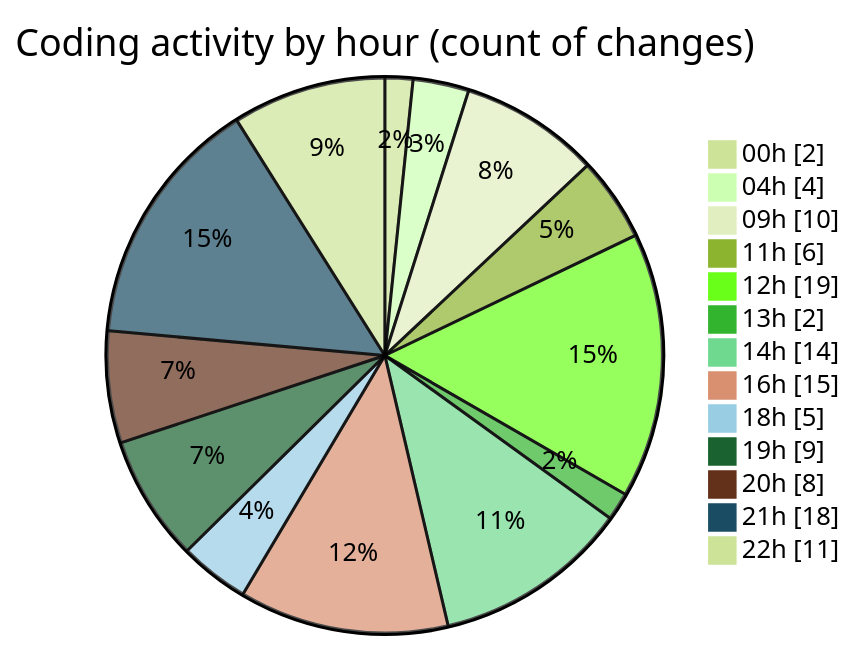
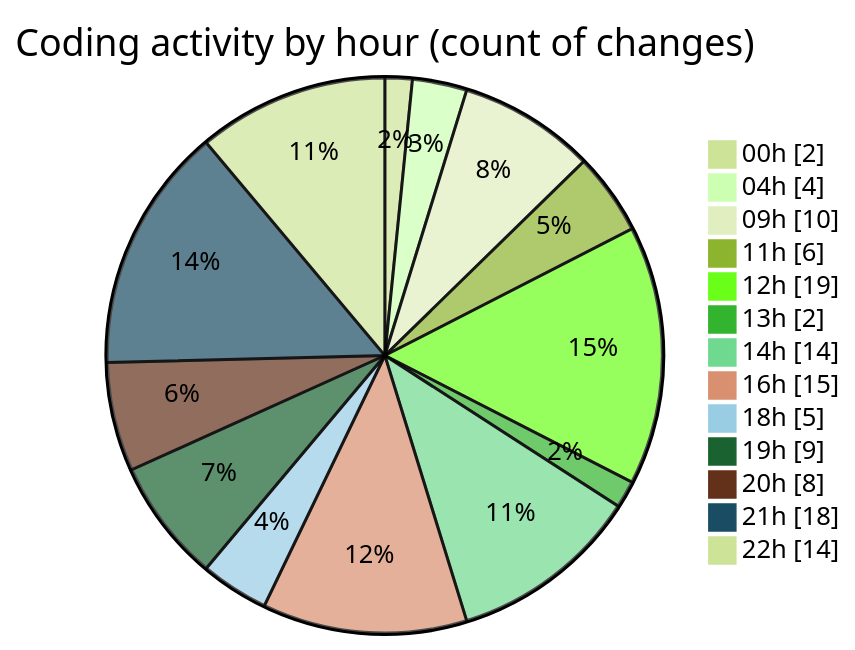
The second of 2 diagrams in 2025-10-28/eventscop-frontend-guide__workspace_/README.md (julien-gomy/code-tracking), drawn with Mermaid (forest theme) before and after one commit. The commit also changed other lines of this file and 1 other file, not shown here.

````diff
--- a/2025-10-28/eventscop-frontend-guide__workspace_/README.md
+++ b/2025-10-28/eventscop-frontend-guide__workspace_/README.md
@@ -70,17 +70,17 @@
 ```mermaid
 pie showData
 title Coding activity by hour (count of changes)
 "00h" : 2
 "04h" : 4
 "09h" : 10
 "11h" : 6
 "12h" : 19
 "13h" : 2
 "14h" : 14
 "16h" : 15
 "18h" : 5
 "19h" : 9
 "20h" : 8
 "21h" : 18
-"22h" : 11
+"22h" : 14
 ```
````
